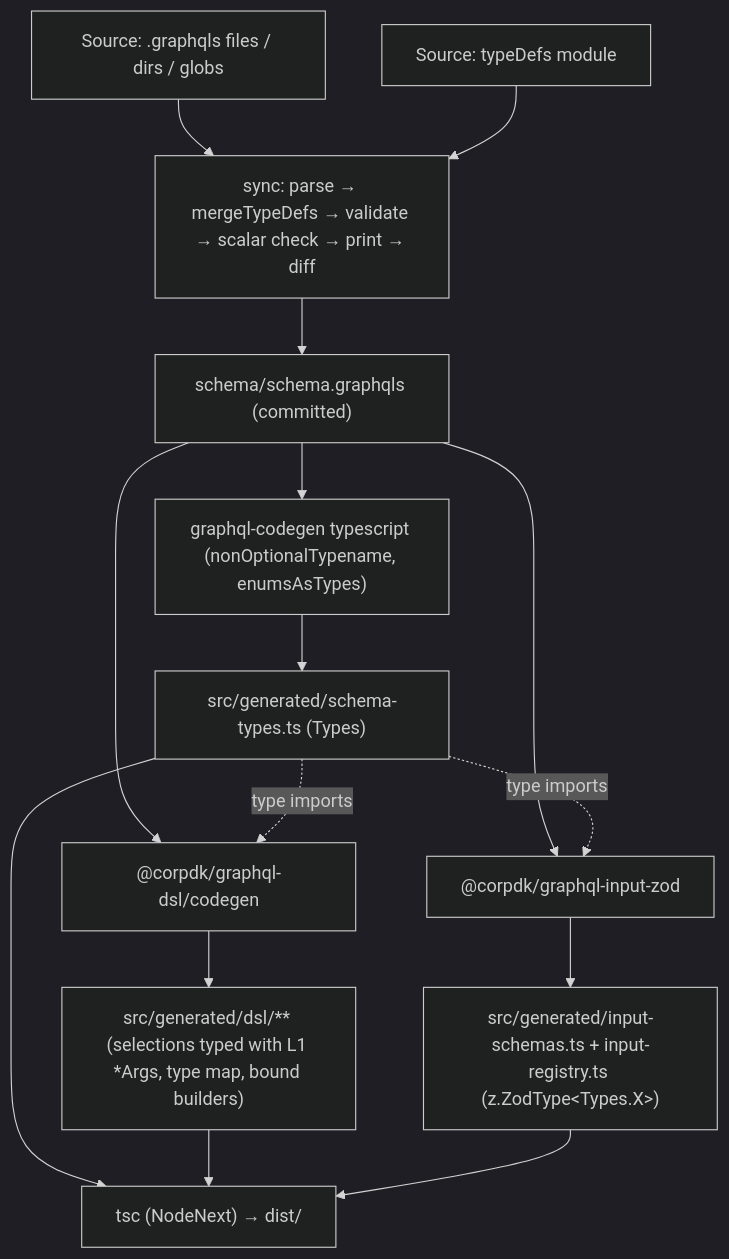
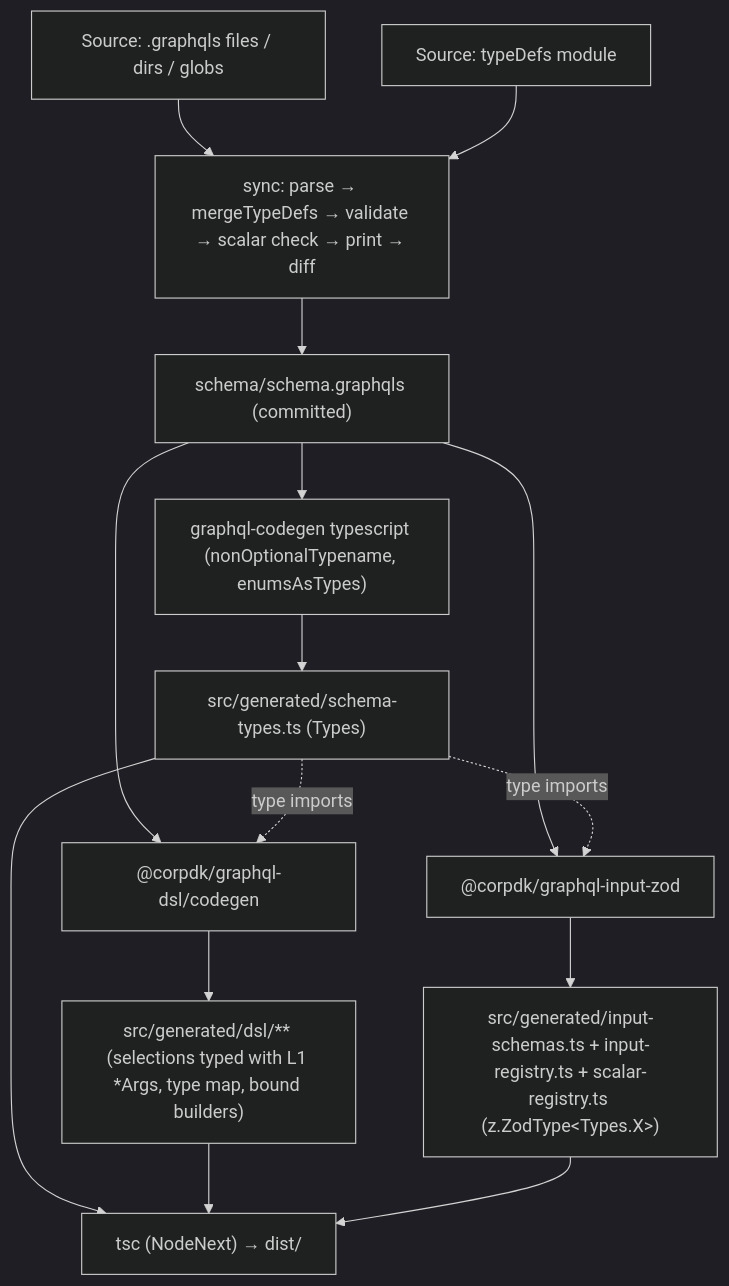
Before and after one commit to CorpDK/coding-templates: the diagram in docs/developer/13-graphql-sdk-generator.md, drawn with Mermaid (dark theme). The commit also changed other lines of this file and 3 other files, not shown here.

````diff
--- a/docs/developer/13-graphql-sdk-generator.md
+++ b/docs/developer/13-graphql-sdk-generator.md
@@ -297,28 +316,28 @@
 ```mermaid
 flowchart TD
   S1["Source: .graphqls files / dirs / globs"]
   S2["Source: typeDefs module"]
   SYNC["sync: parse → mergeTypeDefs → validate → scalar check → print → diff"]
   SNAP["schema/schema.graphqls (committed)"]
   GC["graphql-codegen typescript (nonOptionalTypename, enumsAsTypes)"]
   L1["src/generated/schema-types.ts (Types)"]
   DSL["@corpdk/graphql-dsl/codegen"]
   L2["src/generated/dsl/** (selections typed with L1 *Args, type map, bound builders)"]
   IZ["@corpdk/graphql-input-zod"]
-  L3["src/generated/input-schemas.ts + input-registry.ts (z.ZodType#lt;Types.X#gt;)"]
+  L3["src/generated/input-schemas.ts + input-registry.ts + scalar-registry.ts (z.ZodType#lt;Types.X#gt;)"]
   TSC["tsc (NodeNext) → dist/"]
 
   S1 --> SYNC
   S2 --> SYNC
   SYNC --> SNAP
   SNAP --> GC --> L1
   SNAP --> DSL
   L1 -. type imports .-> DSL
   DSL --> L2
   SNAP --> IZ
   L1 -. type imports .-> IZ
   IZ --> L3
   L1 --> TSC
   L2 --> TSC
   L3 --> TSC
 ```
````
